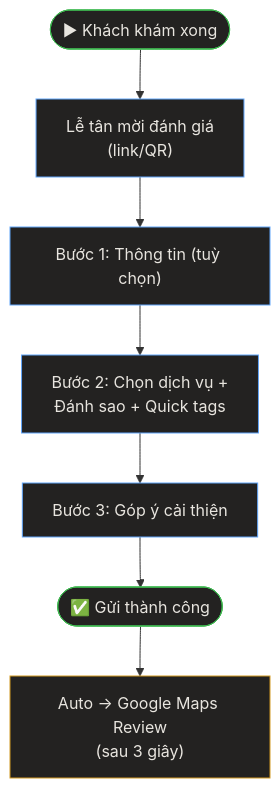
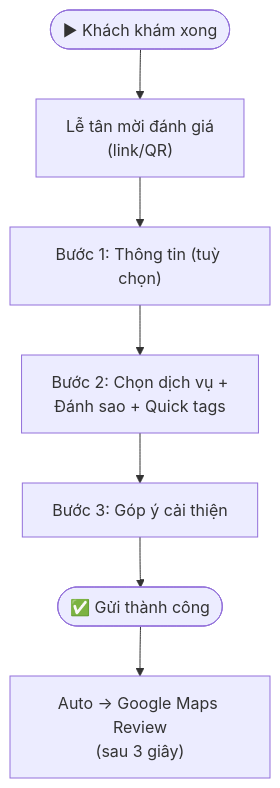
The diagram in src/pages/huong-dan/danh-gia-dich-vu.md (relukdev/PhuSanAnSinh), drawn with Mermaid before and after one commit. The commit also changed 6 other files, not shown here.

Commit message:
fix(mermaid): remove dark inline styles from all diagrams, use default theme

````diff
--- a/src/pages/huong-dan/danh-gia-dich-vu.md
+++ b/src/pages/huong-dan/danh-gia-dich-vu.md
@@ -20,17 +20,9 @@
 ```mermaid
 graph TB
-    style S fill:#232221,stroke:#3fb950,color:#E8E5DF
-    style A fill:#232221,stroke:#60A5FA,color:#E8E5DF
-    style B fill:#232221,stroke:#60A5FA,color:#E8E5DF
-    style C fill:#232221,stroke:#60A5FA,color:#E8E5DF
-    style D fill:#232221,stroke:#60A5FA,color:#E8E5DF
-    style E fill:#232221,stroke:#3fb950,color:#E8E5DF
-    style F fill:#232221,stroke:#d29922,color:#E8E5DF
-
     S(["▶ Khách khám xong"]) --> A["Lễ tân mời đánh giá<br/>(link/QR)"]
     A --> B["Bước 1: Thông tin (tuỳ chọn)"]
     B --> C["Bước 2: Chọn dịch vụ +<br/>Đánh sao + Quick tags"]
     C --> D["Bước 3: Góp ý cải thiện"]
     D --> E(["✅ Gửi thành công"])
     E --> F["Auto → Google Maps Review<br/>(sau 3 giây)"]
 ```
````
